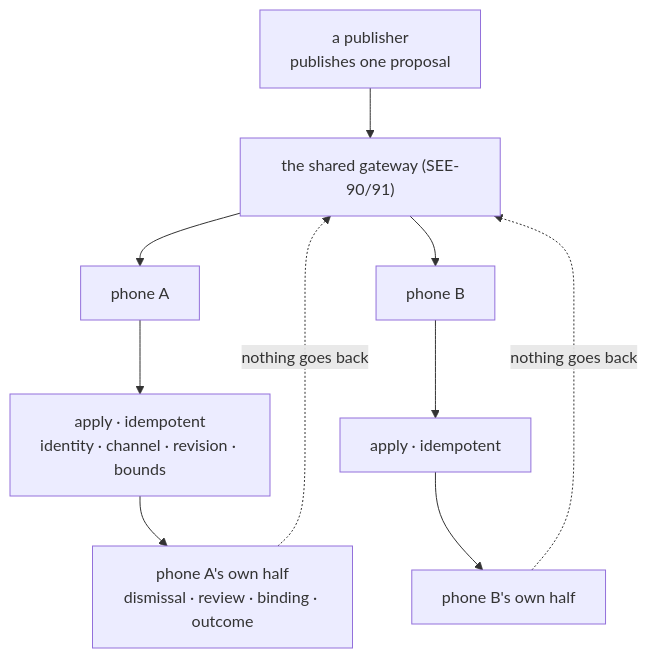
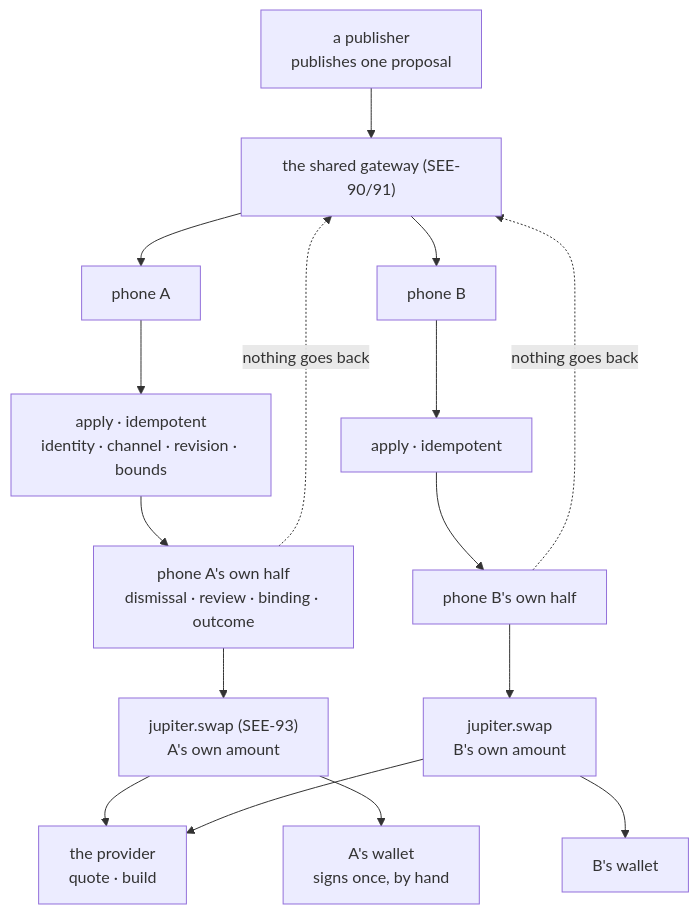
One commit to SeekerAgentConnect/sac changed the eighth of 9 diagrams in docs/architecture.md. Above: the diagram before and after it, drawn with Mermaid. The commit also changed other lines of this file and 64 other files, not shown here.

````diff
--- a/docs/architecture.md
+++ b/docs/architecture.md
@@ -232,12 +232,18 @@
 ```mermaid
 flowchart TB
     Publish["a publisher<br>publishes one proposal"] --> Gateway["the shared gateway (SEE-90/91)"]
     Gateway --> A["phone A"]
     Gateway --> B["phone B"]
     A --> ApplyA["apply · idempotent<br>identity · channel · revision · bounds"]
     B --> ApplyB["apply · idempotent"]
     ApplyA --> LocalA["phone A's own half<br>dismissal · review · binding · outcome"]
     ApplyB --> LocalB["phone B's own half"]
+    LocalA --> PlugA["jupiter.swap (SEE-93)<br>A's own amount"]
+    LocalB --> PlugB["jupiter.swap<br>B's own amount"]
+    PlugA --> Provider["the provider<br>quote · build"]
+    PlugB --> Provider
+    PlugA --> WalletA["A's wallet<br>signs once, by hand"]
+    PlugB --> WalletB["B's wallet"]
     LocalA -. "nothing goes back" .-> Gateway
     LocalB -. "nothing goes back" .-> Gateway
 ```
````
